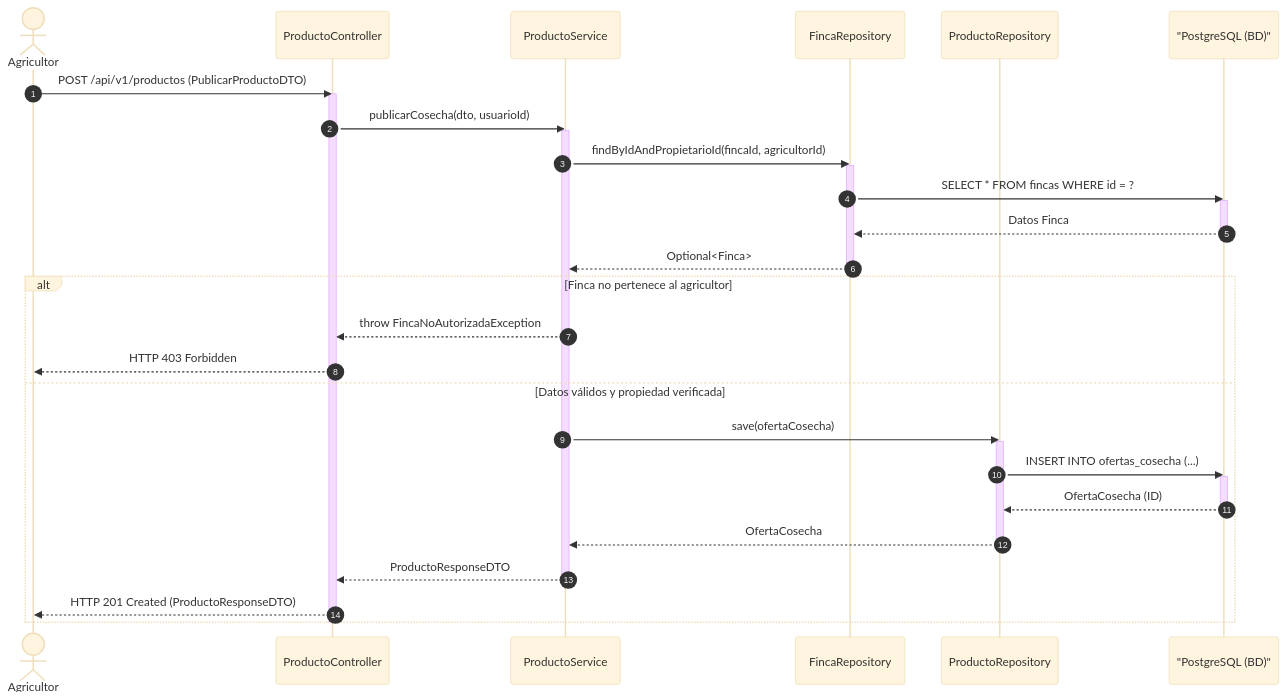
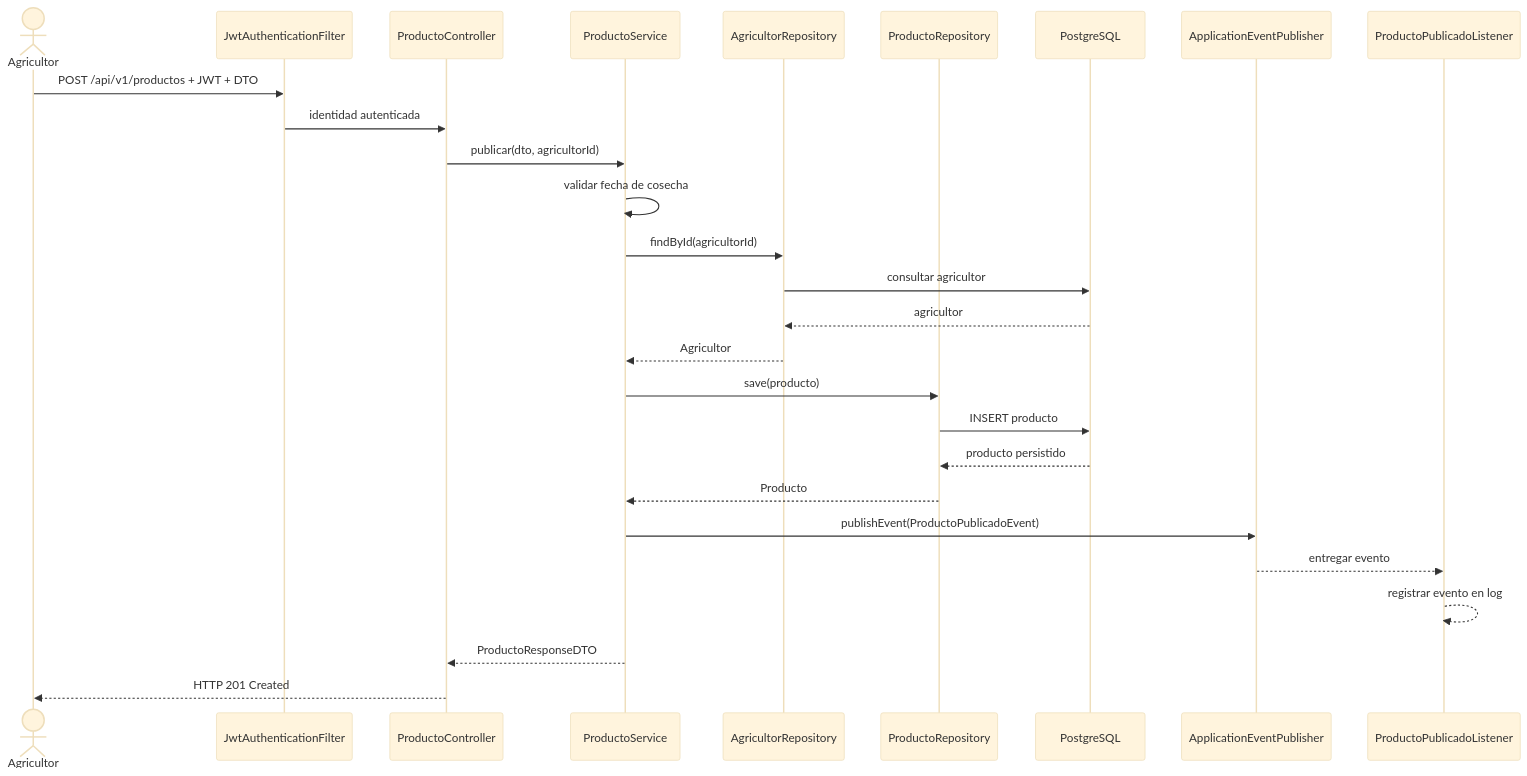
Before and after one commit to DilanStiven/Ingenieria-de-software: the second of 7 diagrams in docs/diseno/architecture/diagramas-uml.md, drawn with Mermaid (base theme). The commit also changed other lines of this file and 10 other files, not shown here.

Commit message:
Refactor payment flow and complete delivery documentation

````diff
--- a/docs/diseno/architecture/diagramas-uml.md
+++ b/docs/diseno/architecture/diagramas-uml.md
@@ -68,39 +57,30 @@
 ```mermaid
 sequenceDiagram
- autonumber
- actor Cliente as Agricultor
- participant Controller as ProductoController
- participant Service as ProductoService
- participant FincaRepo as FincaRepository
- participant ProdRepo as ProductoRepository
- participant DB as "PostgreSQL (BD)"
- Cliente->>Controller: POST /api/v1/productos (PublicarProductoDTO)
- activate Controller
- Controller->>Service: publicarCosecha(dto, usuarioId)
- activate Service
- Service->>FincaRepo: findByIdAndPropietarioId(fincaId, agricultorId)
- activate FincaRepo
- FincaRepo->>DB: SELECT * FROM fincas WHERE id = ?
- activate DB
- DB-->>FincaRepo: Datos Finca
- deactivate DB
- FincaRepo-->>Service: Optional<Finca>
- deactivate FincaRepo
- alt Finca no pertenece al agricultor
- Service-->>Controller: throw FincaNoAutorizadaException
- Controller-->>Cliente: HTTP 403 Forbidden
- else Datos válidos y propiedad verificada
- Service->>ProdRepo: save(ofertaCosecha)
- activate ProdRepo
- ProdRepo->>DB: INSERT INTO ofertas_cosecha (...)
- activate DB
- DB-->>ProdRepo: OfertaCosecha (ID)
- deactivate DB
- ProdRepo-->>Service: OfertaCosecha
- deactivate ProdRepo
- Service-->>Controller: ProductoResponseDTO
- deactivate Service
- Controller-->>Cliente: HTTP 201 Created (ProductoResponseDTO)
- end
- deactivate Controller
+    actor Agricultor
+    participant Filtro as JwtAuthenticationFilter
+    participant API as ProductoController
+    participant Servicio as ProductoService
+    participant Agricultores as AgricultorRepository
+    participant Productos as ProductoRepository
+    participant DB as PostgreSQL
+    participant Eventos as ApplicationEventPublisher
+    participant Listener as ProductoPublicadoListener
+
+    Agricultor->>Filtro: POST /api/v1/productos + JWT + DTO
+    Filtro->>API: identidad autenticada
+    API->>Servicio: publicar(dto, agricultorId)
+    Servicio->>Servicio: validar fecha de cosecha
+    Servicio->>Agricultores: findById(agricultorId)
+    Agricultores->>DB: consultar agricultor
+    DB-->>Agricultores: agricultor
+    Agricultores-->>Servicio: Agricultor
+    Servicio->>Productos: save(producto)
+    Productos->>DB: INSERT producto
+    DB-->>Productos: producto persistido
+    Productos-->>Servicio: Producto
+    Servicio->>Eventos: publishEvent(ProductoPublicadoEvent)
+    Eventos-->>Listener: entregar evento
+    Listener-->>Listener: registrar evento en log
+    Servicio-->>API: ProductoResponseDTO
+    API-->>Agricultor: HTTP 201 Created
 ```
````
